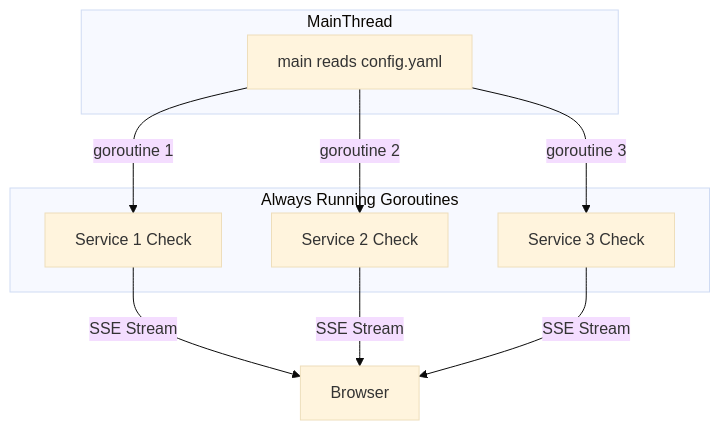
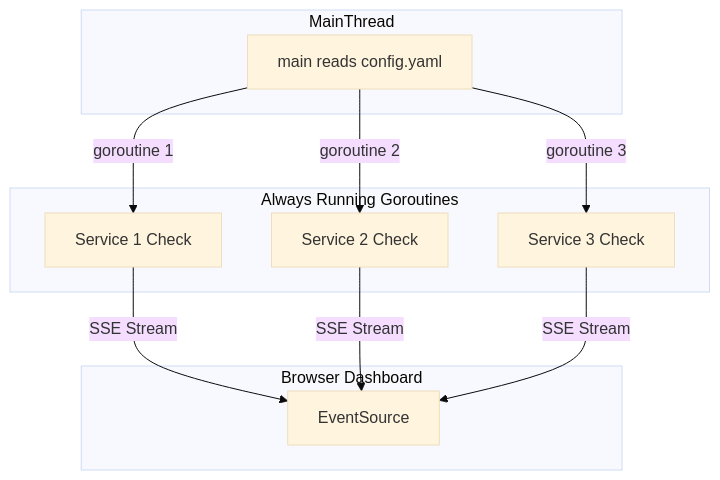
The diagram in README.md (piqoni/inxidents), drawn with Mermaid (base theme) before and after one commit.

````diff
--- a/README.md
+++ b/README.md
@@ -57,19 +57,21 @@
 ```mermaid
 flowchart TB
   subgraph MainThread
     Main[main reads config.yaml]
   end
 
   subgraph Always Running Goroutines
     Service1[Service 1 Check]
     Service2[Service 2 Check]
     Service3[Service 3 Check]
   end
 
   Main -->|goroutine 1| Service1
   Main -->|goroutine 2| Service2
   Main -->|goroutine 3| Service3
-  Service1 -->|SSE Stream| Browser
-  Service2 -->|SSE Stream| Browser
-  Service3 -->|SSE Stream | Browser
+subgraph Browser Dashboard
+  Service1 -->|SSE Stream| EventSource
+  Service2 -->|SSE Stream| EventSource
+  Service3 -->|SSE Stream | EventSource
+end
 ```
````
